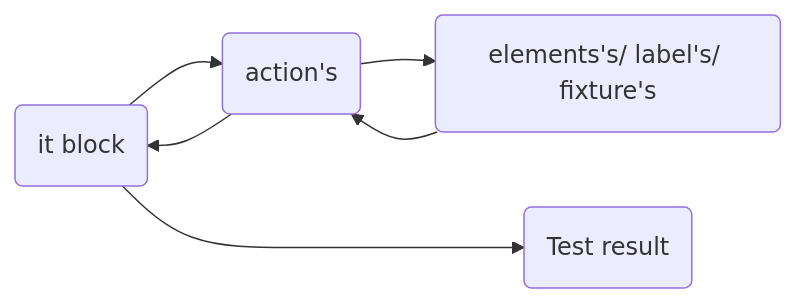
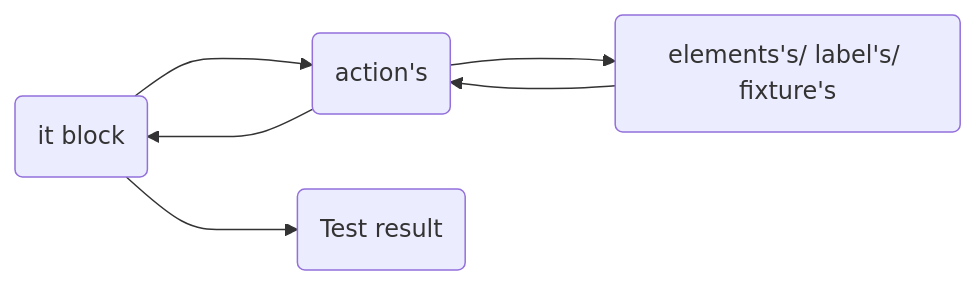
Before and after one commit to tayyabsaleem7756/ignicube: the diagram in README.md, drawn with Mermaid.

````diff
--- a/README.md
+++ b/README.md
@@ -86,6 +86,6 @@
 ```mermaid
 graph LR
-A(it block) -->B(action's) -->C(elements's/ label's/ fixture's) 
-C(elements's/ label's/ fixture's) -->B(action's) -->A(it block)
+A(it block) --->B(action's) --->C(elements's/ label's/ fixture's) 
+C(elements's/ label's/ fixture's) --->B(action's) --->A(it block)
 A(it block) --->D(Test result)
 ```
````
